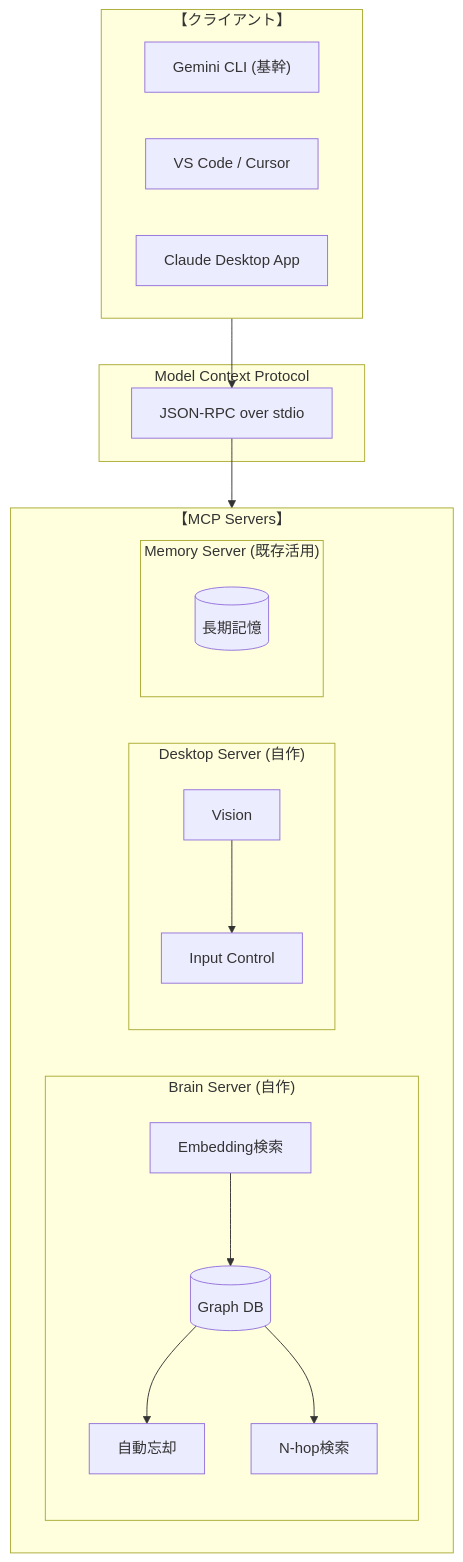
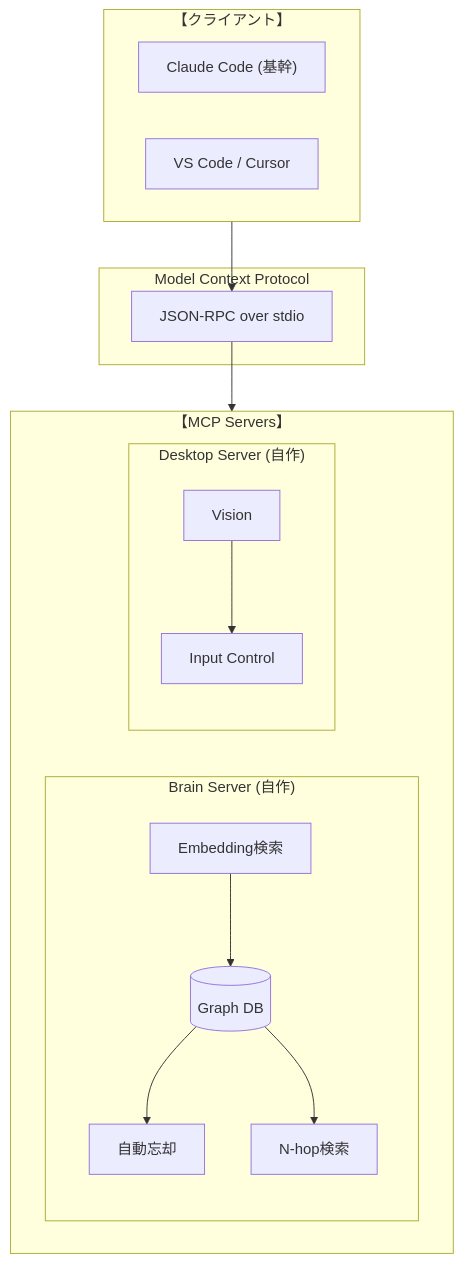
Before and after one commit to tomoharu-hayashi/jarvis: the diagram in README.md, drawn with Mermaid. The commit also changed other lines of this file and 6 other files, not shown here.

````diff
--- a/README.md
+++ b/README.md
@@ -56,28 +56,24 @@
 ```mermaid
 graph TD
     subgraph Clients ["【クライアント】"]
-        ClientA["Gemini CLI (基幹)"]
+        ClientA["Claude Code (基幹)"]
         ClientB["VS Code / Cursor"]
-        ClientC["Claude Desktop App"]
     end
 
     subgraph MCP ["Model Context Protocol"]
         Pipe[JSON-RPC over stdio]
     end
 
     subgraph Servers ["【MCP Servers】"]
         subgraph Brain ["Brain Server (自作)"]
             EmbeddingSearch["Embedding検索"] --> GraphDB[("Graph DB")]
             GraphDB --> AutoForget["自動忘却"]
             GraphDB --> HopRetrieval["N-hop検索"]
         end
         subgraph Desktop ["Desktop Server (自作)"]
             Vision[Vision] --> Input[Input Control]
         end
-        subgraph Memory ["Memory Server (既存活用)"]
-            VectorDB[("長期記憶")]
-        end
     end
 
     Clients --> Pipe --> Servers
 ```
````
